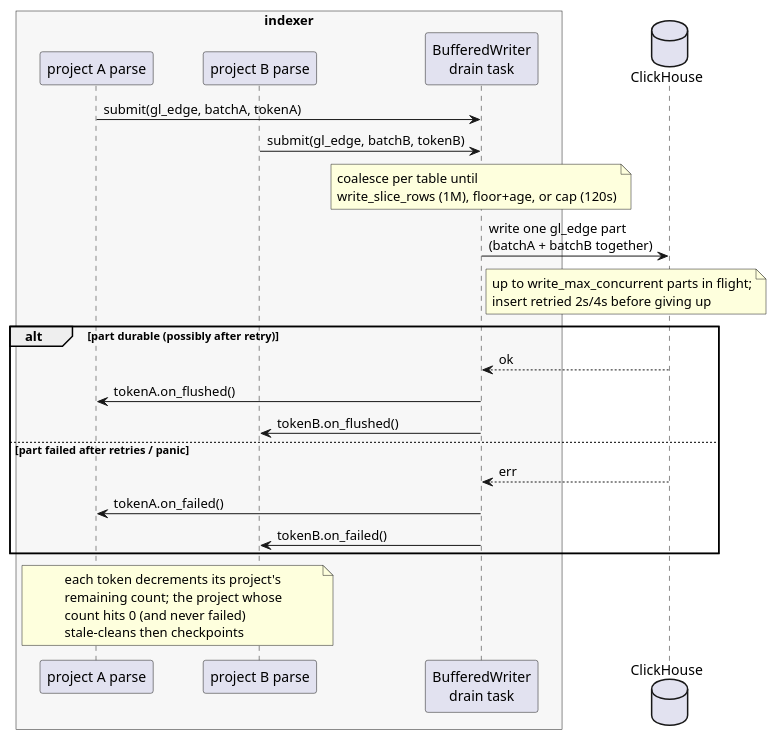
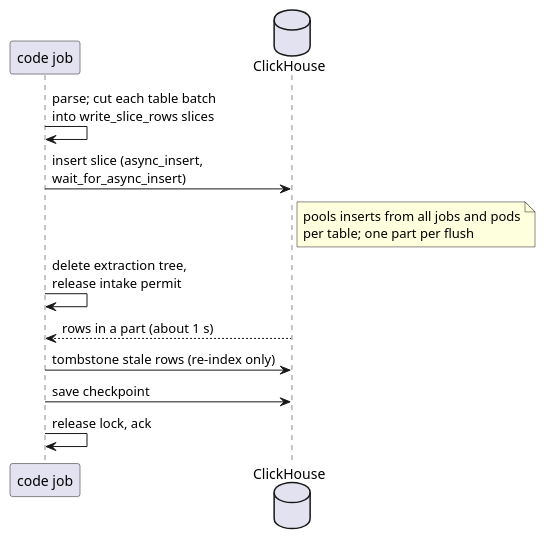
One commit to gitlabhq/orbit-knowledge-graph changed the third of 4 diagrams in docs/design-documents/indexing/code_indexing.md. Above: the diagram before and after it, drawn with PlantUML. The commit also changed other lines of this file and 1 other file, not shown here.

Commit message:
docs(indexer): describe the direct-insert code write path

````diff
--- a/docs/design-documents/indexing/code_indexing.md
+++ b/docs/design-documents/indexing/code_indexing.md
@@ -518,33 +495,18 @@
 ```plantuml
 @startuml
 skinparam shadowing false
 skinparam ParticipantPadding 20
-skinparam BoxPadding 12
 
-box "indexer" #F7F7F7
-  participant "project A parse" as A
-  participant "project B parse" as B
-  participant "BufferedWriter\ndrain task" as W
-end box
+participant "code job" as J
 database ClickHouse as CH
 
-A -> W : submit(gl_edge, batchA, tokenA)
-B -> W : submit(gl_edge, batchB, tokenB)
-note over W : coalesce per table until\nwrite_slice_rows (1M), floor+age, or cap (120s)
-
-W -> CH : write one gl_edge part\n(batchA + batchB together)
-note right of W : up to write_max_concurrent parts in flight;\ninsert retried 2s/4s before giving up
-
-alt part durable (possibly after retry)
-  CH --> W : ok
-  W -> A : tokenA.on_flushed()
-  W -> B : tokenB.on_flushed()
-else part failed after retries / panic
-  CH --> W : err
-  W -> A : tokenA.on_failed()
-  W -> B : tokenB.on_failed()
-end
-
-note over A, B : each token decrements its project's\nremaining count; the project whose\ncount hits 0 (and never failed)\nstale-cleans then checkpoints
+J -> J : parse; cut each table batch\ninto write_slice_rows slices
+J -> CH : insert slice (async_insert,\nwait_for_async_insert)
+note right of CH : pools inserts from all jobs and pods\nper table; one part per flush
+J -> J : delete extraction tree,\nrelease intake permit
+CH --> J : rows in a part (about 1 s)
+J -> CH : tombstone stale rows (re-index only)
+J -> CH : save checkpoint
+J -> J : release lock, ack
 @enduml
 ```
````
